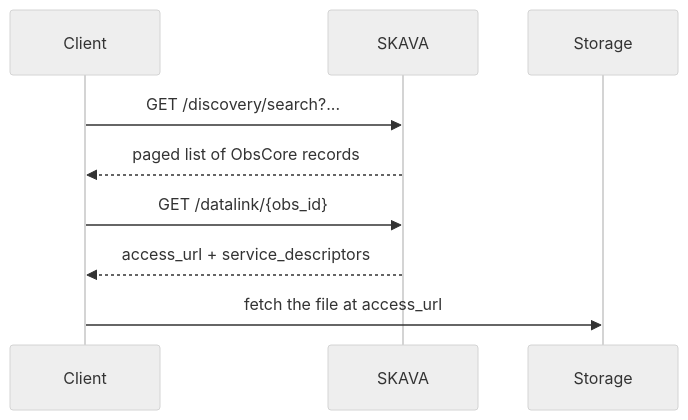
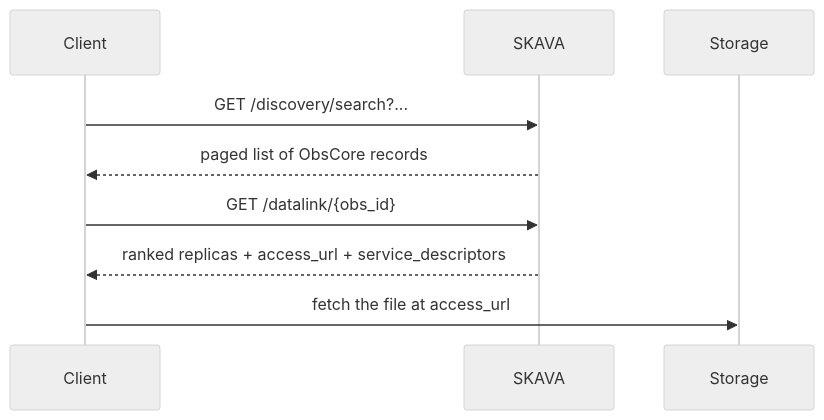
One commit to VisIVOLab/SKAVA changed the fourth of 10 diagrams in docs/architecture/data-flow.md. Above: the diagram before and after it, drawn with Mermaid (neutral theme). The commit also changed other lines of this file and 95 other files, not shown here.

````diff
--- a/docs/architecture/data-flow.md
+++ b/docs/architecture/data-flow.md
@@ -53,8 +55,8 @@
 ```{mermaid}
 sequenceDiagram
     Client->>SKAVA: GET /discovery/search?...
     SKAVA-->>Client: paged list of ObsCore records
     Client->>SKAVA: GET /datalink/{obs_id}
-    SKAVA-->>Client: access_url + service_descriptors
+    SKAVA-->>Client: ranked replicas + access_url + service_descriptors
     Client->>Storage: fetch the file at access_url
 ```
````
